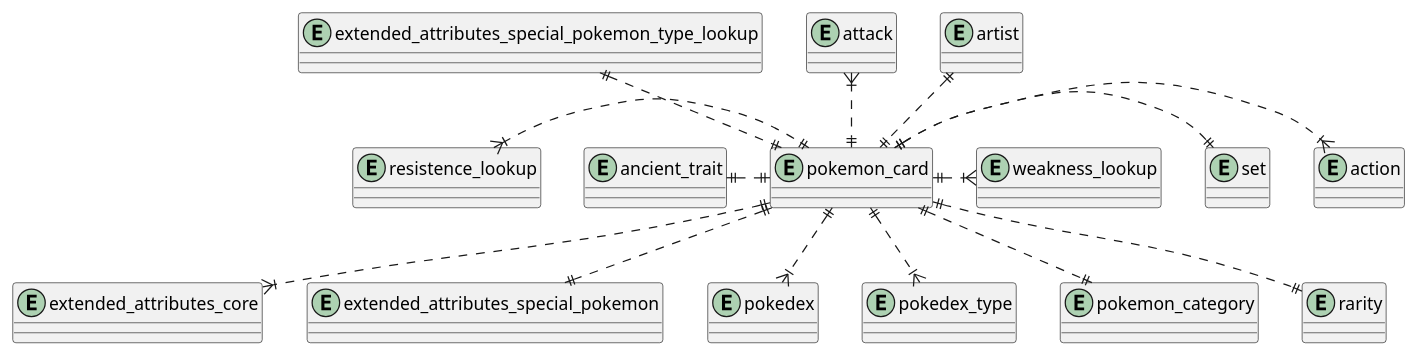
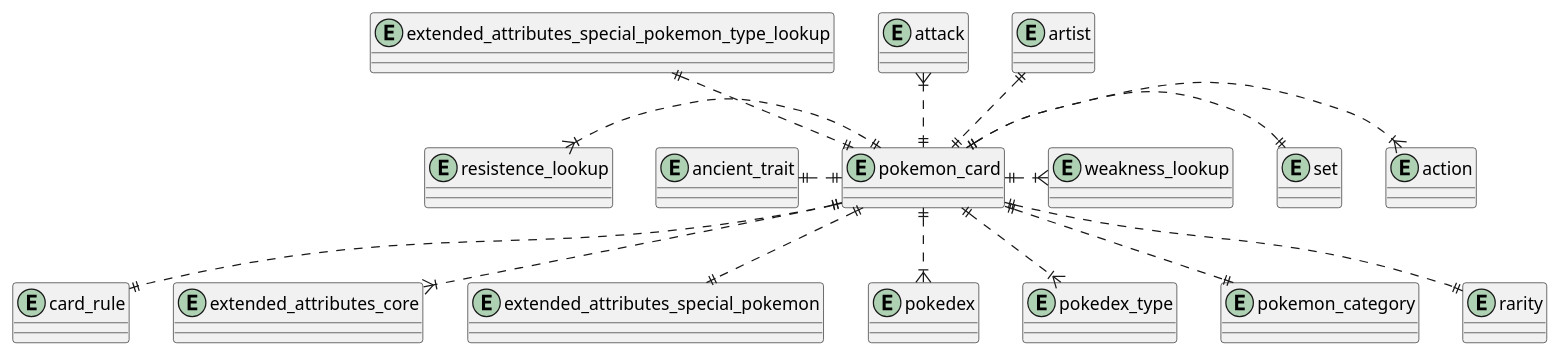
The diagram in schema/entity_relationship_diagrams/pokemon-card-relationships.puml (pkgreen90/pokemon-tcg-data), drawn with PlantUML before and after one commit. The commit also changed 8 other files, not shown here.

Commit message:
Updated schema puml files and exported images

```diff
--- a/schema/entity_relationship_diagrams/pokemon-card-relationships.puml
+++ b/schema/entity_relationship_diagrams/pokemon-card-relationships.puml
@@ -1,34 +1,36 @@
 @startuml pokemon-card-relationships
 
 entity "action" as action {}
 entity "ancient_trait" as ancient_trait {}
 entity "artist" as artist {}
 entity "attack" as attack {}
+entity "card_rule" as card_rule {}
 entity "extended_attributes_core" as extended_attributes_core {}
 entity "extended_attributes_special_pokemon" as extended_attributes_special_pokemon {}
 entity "extended_attributes_special_pokemon_type_lookup" as extended_attributes_special_pokemon_type_lookup {}
 entity "pokedex" as pokedex {}
 entity "pokedex_type" as pokedex_type {}
 entity "pokemon_card" as pokemon_card {}
 entity "pokemon_category" as pokemon_category {}
 entity "rarity" as rarity {}
 entity "resistence_lookup" as resistence_lookup {}
 entity "set" as set {}
 entity "weakness_lookup" as weakness_lookup {}
 
 pokemon_card ||..right|{ action
 pokemon_card ||..left|| ancient_trait
 pokemon_card ||..up|| artist
 pokemon_card ||..up|{ attack
+pokemon_card ||..|| card_rule
 pokemon_card ||..|{ extended_attributes_core
 pokemon_card ||..|| extended_attributes_special_pokemon
 pokemon_card ||..up|| extended_attributes_special_pokemon_type_lookup
 pokemon_card ||..|{ pokedex
 pokemon_card ||..down|{ pokedex_type
 pokemon_card ||..down|| pokemon_category
 pokemon_card ||..down|| rarity
 pokemon_card ||..left|{ resistence_lookup
 pokemon_card ||..right|| set
 pokemon_card ||..right|{ weakness_lookup
 
 @enduml
```
